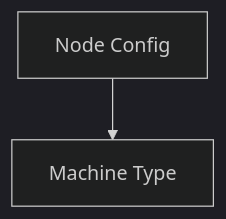
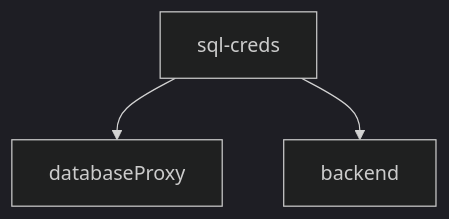
The second of 3 diagrams in README.md (Hacka25/webapp), drawn with Mermaid (dark theme) before and after one commit. The commit also changed other lines of this file, not shown here.

Commit message:
[skip-autodocs] Update README and architecture diagram

````diff
--- a/README.md
+++ b/README.md
@@ -62,4 +44,5 @@
 ```mermaid
 graph TD
-    C[Node Config] --> D[Machine Type]
+    S[sql-creds] --> D[databaseProxy]
+    S --> B[backend]
 ```
````
